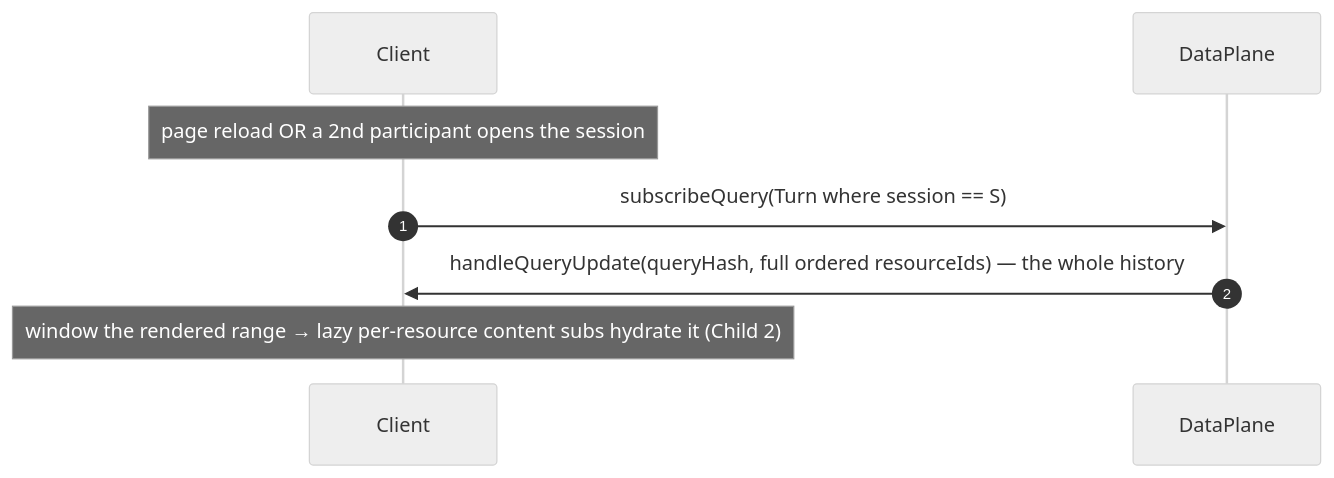
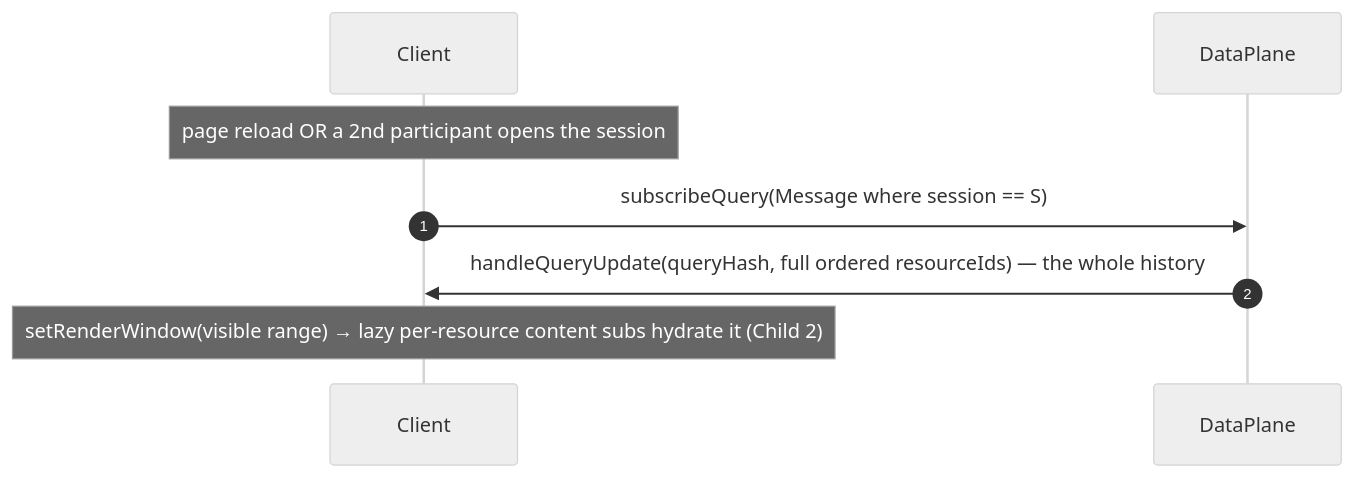
One commit to lumenize/lumenize changed the second of 3 diagrams in tasks/nebula-reactive-ai-chat.md. Above: the diagram before and after it, drawn with Mermaid (neutral theme). The commit also changed other lines of this file and 7 other files, not shown here.

First line of the commit message:
docs(pre-alpha): Child 3 chat design reviewed + targetsForQuery accessor

````diff
--- a/tasks/nebula-reactive-ai-chat.md
+++ b/tasks/nebula-reactive-ai-chat.md
@@ -67,11 +83,11 @@
 ```mermaid
 sequenceDiagram
     autonumber
     participant Client
     participant DataPlane
 
     Note over Client: page reload OR a 2nd participant opens the session
-    Client->>DataPlane: subscribeQuery(Turn where session == S)
+    Client->>DataPlane: subscribeQuery(Message where session == S)
     DataPlane->>Client: handleQueryUpdate(queryHash, full ordered resourceIds) — the whole history
-    Note over Client: window the rendered range → lazy per-resource content subs hydrate it (Child 2)
+    Note over Client: setRenderWindow(visible range) → lazy per-resource content subs hydrate it (Child 2)
 ```
````
